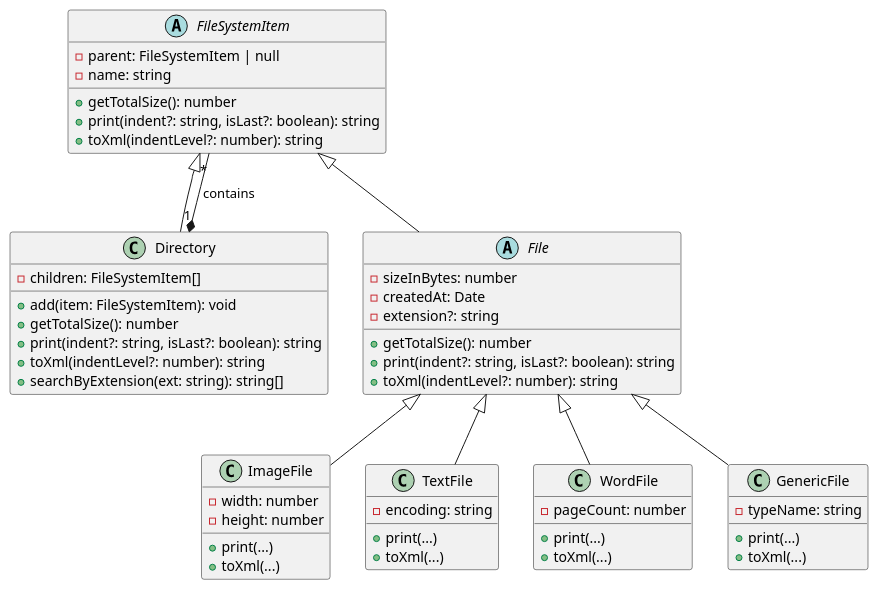
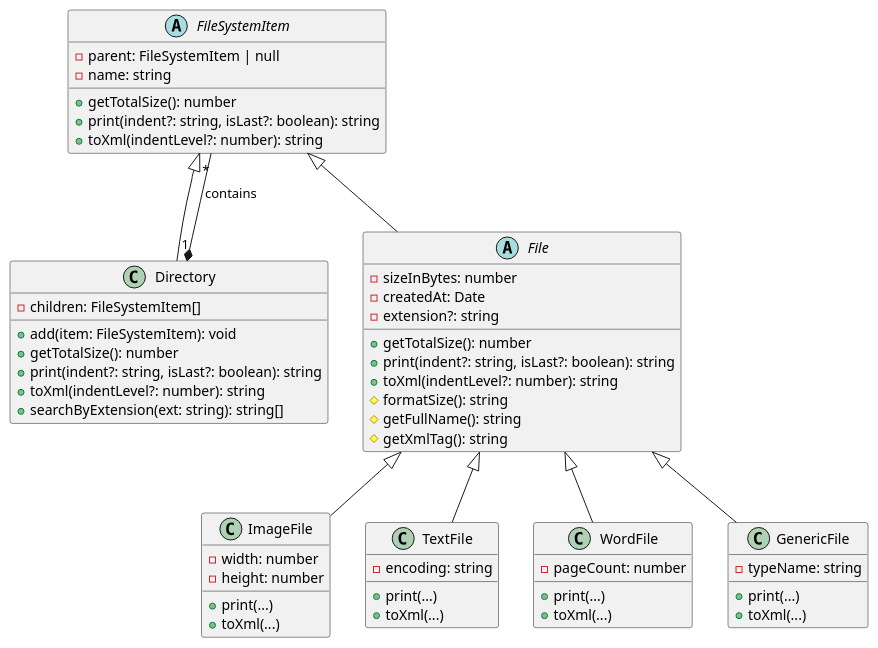
The diagram in docs/diagram.puml (kayliao/cloud-file-system-domain), drawn with PlantUML before and after one commit.

Commit message:
add functions to uml

```diff
--- a/docs/diagram.puml
+++ b/docs/diagram.puml
@@ -1,62 +1,65 @@
 @startuml CloudFileSystem_Domain
 
 abstract FileSystemItem {
   - parent: FileSystemItem | null
   - name: string
   + getTotalSize(): number
   + print(indent?: string, isLast?: boolean): string
   + toXml(indentLevel?: number): string
 }
 
 class Directory {
   - children: FileSystemItem[]
   + add(item: FileSystemItem): void
   + getTotalSize(): number
   + print(indent?: string, isLast?: boolean): string
   + toXml(indentLevel?: number): string
   + searchByExtension(ext: string): string[]
 }
 
 abstract class File {
   - sizeInBytes: number
   - createdAt: Date
   - extension?: string
   + getTotalSize(): number
   + print(indent?: string, isLast?: boolean): string
   + toXml(indentLevel?: number): string
+  # formatSize(): string
+  # getFullName(): string
+  # getXmlTag(): string
 }
 
 class ImageFile {
   - width: number
   - height: number
   + print(...)
   + toXml(...)
 }
 
 class TextFile {
   - encoding: string
   + print(...)
   + toXml(...)
 }
 
 class WordFile {
   - pageCount: number
   + print(...)
   + toXml(...)
 }
 
 class GenericFile {
   - typeName: string
   + print(...)
   + toXml(...)
 }
 
 FileSystemItem <|-- Directory
 FileSystemItem <|-- File
 File <|-- ImageFile
 File <|-- TextFile
 File <|-- WordFile
 File <|-- GenericFile
 Directory "1" *-- "*" FileSystemItem : contains
 
 @enduml
```
